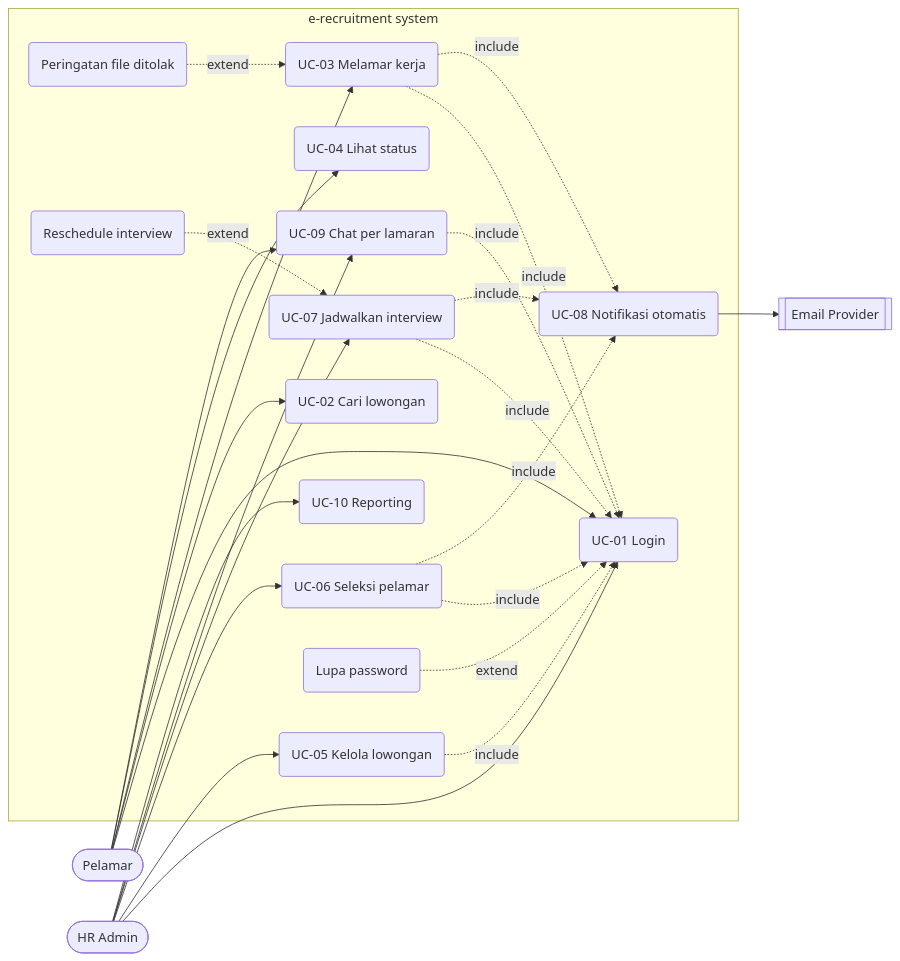
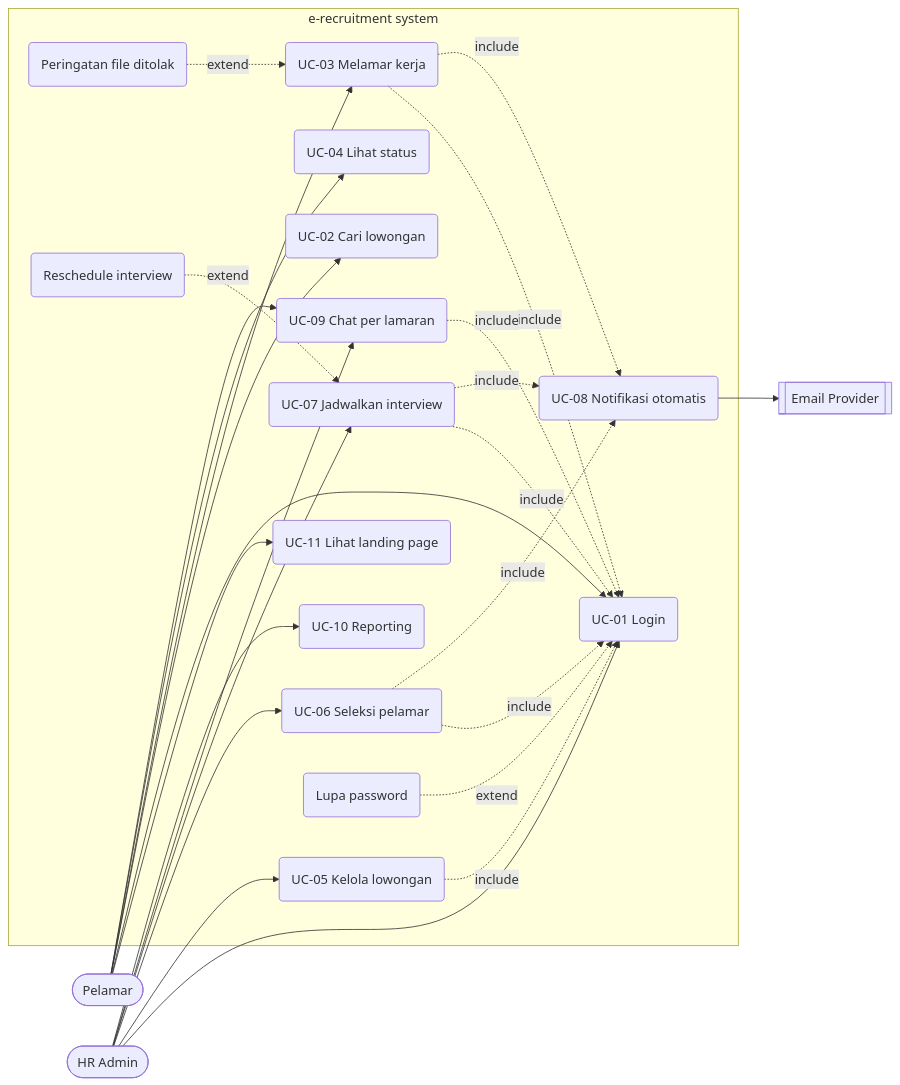
One commit to zhafrandzaky/e-recruitment changed the diagram in docs/USECASE.md. Above: the diagram before and after it, drawn with Mermaid. The commit also changed other lines of this file and 12 other files, not shown here.

````diff
--- a/docs/USECASE.md
+++ b/docs/USECASE.md
@@ -33,49 +33,51 @@
 ```mermaid
 graph LR
   Pelamar(["Pelamar"])
   HR(["HR Admin"])
   Email[["Email Provider"]]
 
   subgraph sys ["e-recruitment system"]
+    UC11("UC-11 Lihat landing page")
     UC01("UC-01 Login")
     UC02("UC-02 Cari lowongan")
     UC03("UC-03 Melamar kerja")
     UC04("UC-04 Lihat status")
     UC05("UC-05 Kelola lowongan")
     UC06("UC-06 Seleksi pelamar")
     UC07("UC-07 Jadwalkan interview")
     UC09("UC-09 Chat per lamaran")
     UC08("UC-08 Notifikasi otomatis")
     UC10("UC-10 Reporting")
     EXT1("Peringatan file ditolak")
     EXT2("Lupa password")
     EXT3("Reschedule interview")
   end
 
+  Pelamar --> UC11
   Pelamar --> UC01
   Pelamar --> UC02
   Pelamar --> UC03
   Pelamar --> UC04
   Pelamar --> UC09
 
   HR --> UC01
   HR --> UC05
   HR --> UC06
   HR --> UC07
   HR --> UC09
   HR --> UC10
 
   UC03 -. include .-> UC01
   UC05 -. include .-> UC01
   UC06 -. include .-> UC01
   UC07 -. include .-> UC01
   UC09 -. include .-> UC01
   UC03 -. include .-> UC08
   UC06 -. include .-> UC08
   UC07 -. include .-> UC08
   UC08 --> Email
 
   EXT1 -. extend .-> UC03
   EXT2 -. extend .-> UC01
   EXT3 -. extend .-> UC07
 ```
````
